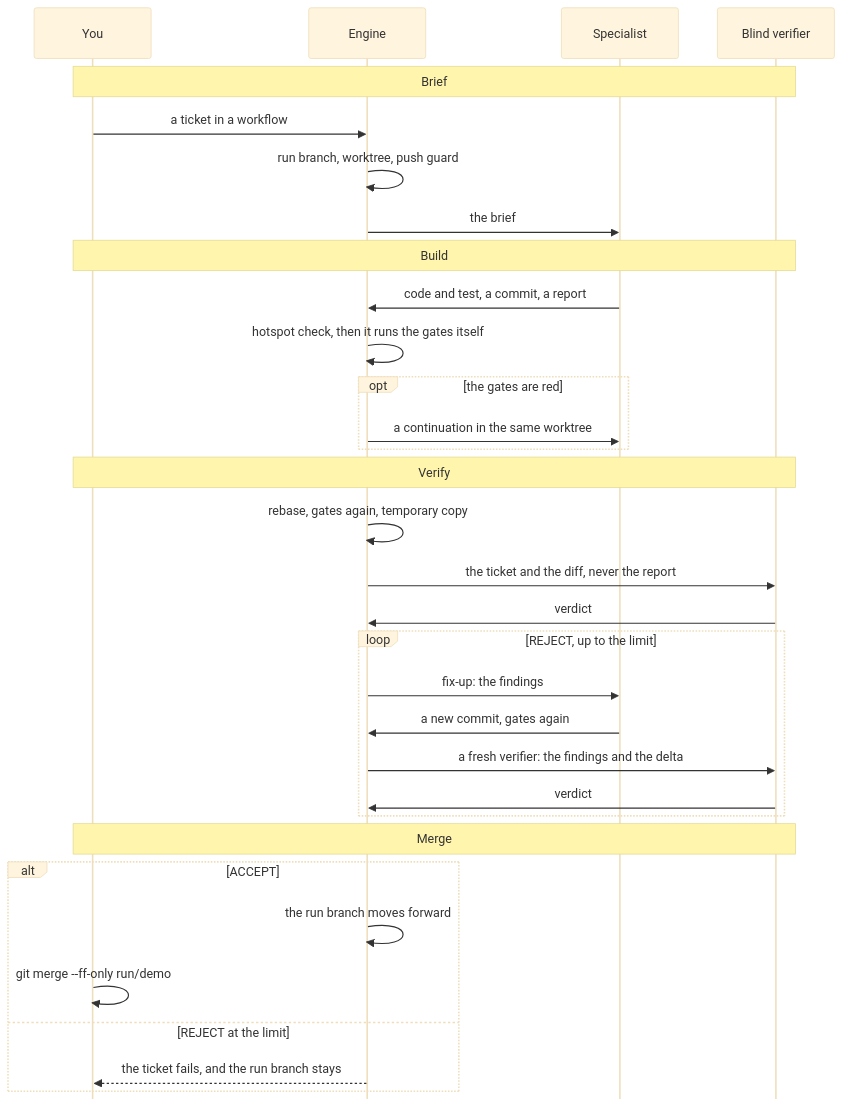
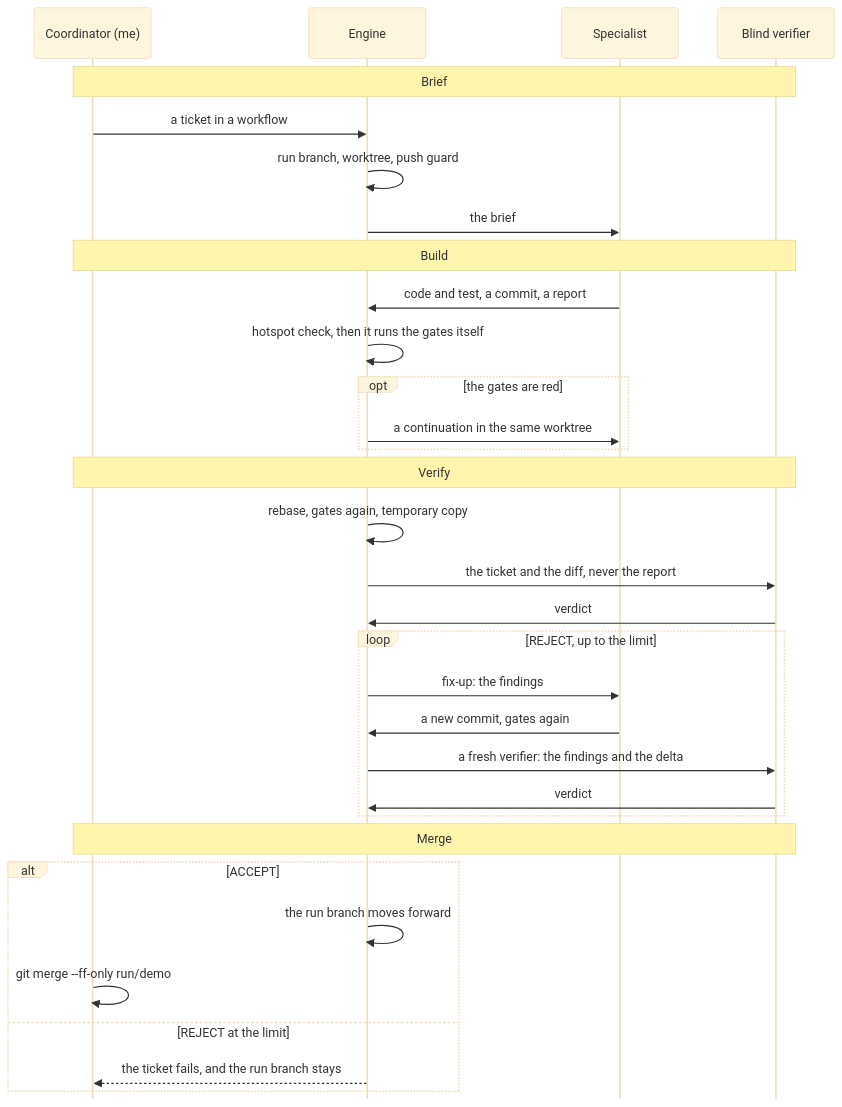
The diagram in docs/overview.md (AlexanderNZ/delegate), drawn with Mermaid (base theme) before and after one commit. The commit also changed other lines of this file and 29 other files, not shown here.

````diff
--- a/docs/overview.md
+++ b/docs/overview.md
@@ -101,42 +108,42 @@
 ```mermaid
 ---
 config:
   sequence:
     mirrorActors: false
     actorFontSize: 15
     messageFontSize: 15
     noteFontSize: 15
 ---
 sequenceDiagram
-  participant You
+  participant Me as Coordinator (me)
   participant Engine
   participant Specialist
   participant Verifier as Blind verifier
-  Note over You,Verifier: Brief
-  You->>Engine: a ticket in a workflow
+  Note over Me,Verifier: Brief
+  Me->>Engine: a ticket in a workflow
   Engine->>Engine: run branch, worktree, push guard
   Engine->>Specialist: the brief
-  Note over You,Verifier: Build
+  Note over Me,Verifier: Build
   Specialist->>Engine: code and test, a commit, a report
   Engine->>Engine: hotspot check, then it runs the gates itself
   opt the gates are red
     Engine->>Specialist: a continuation in the same worktree
   end
-  Note over You,Verifier: Verify
+  Note over Me,Verifier: Verify
   Engine->>Engine: rebase, gates again, temporary copy
   Engine->>Verifier: the ticket and the diff, never the report
   Verifier->>Engine: verdict
   loop REJECT, up to the limit
     Engine->>Specialist: fix-up: the findings
     Specialist->>Engine: a new commit, gates again
     Engine->>Verifier: a fresh verifier: the findings and the delta
     Verifier->>Engine: verdict
   end
-  Note over You,Verifier: Merge
+  Note over Me,Verifier: Merge
   alt ACCEPT
     Engine->>Engine: the run branch moves forward
-    You->>You: git merge --ff-only run/demo
+    Me->>Me: git merge --ff-only run/demo
   else REJECT at the limit
-    Engine-->>You: the ticket fails, and the run branch stays
+    Engine-->>Me: the ticket fails, and the run branch stays
   end
 ```
````
